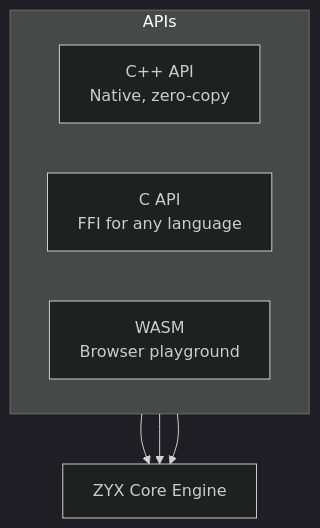
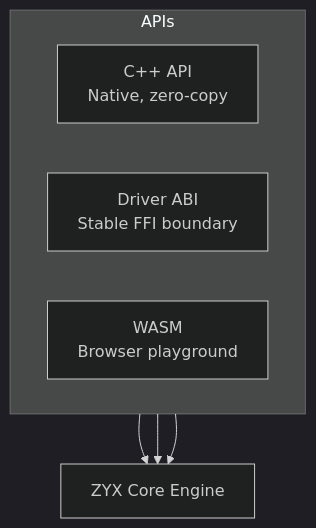
One commit to nexepic/zyx changed the fourth of 4 diagrams in docs/apps/docs/content/docs/en/zyx/user-guide/features.mdx. Above: the diagram before and after it, drawn with Mermaid (dark theme). The commit also changed other lines of this file and 88 other files, not shown here.

First line of the commit message:
Replace legacy C API with Driver ABI bindings

````diff
--- a/docs/apps/docs/content/docs/en/zyx/user-guide/features.mdx
+++ b/docs/apps/docs/content/docs/en/zyx/user-guide/features.mdx
@@ -305,12 +305,12 @@
 ```mermaid
 flowchart TB
   subgraph APIs
     direction LR
     A["C++ API\nNative, zero-copy"]
-    B["C API\nFFI for any language"]
+    B["Driver ABI\nStable FFI boundary"]
     C["WASM\nBrowser playground"]
   end
   A --> Core["ZYX Core Engine"]
   B --> Core
   C --> Core
 ```
````
